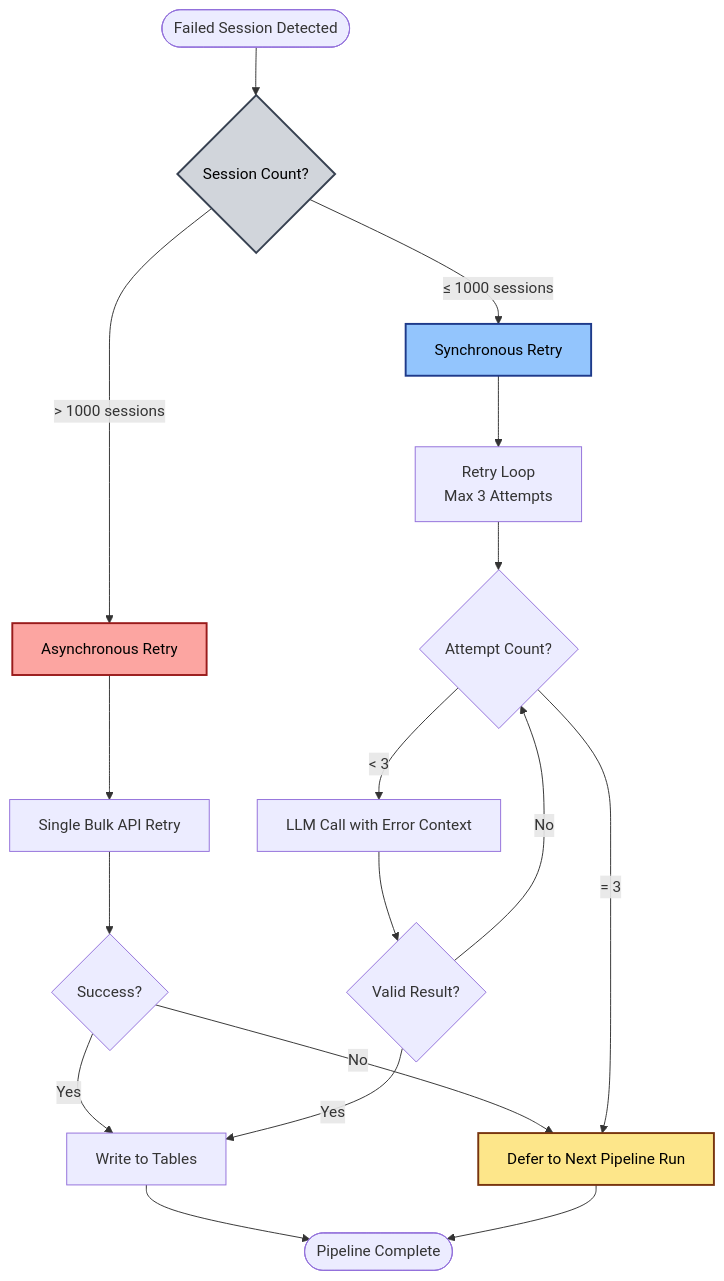
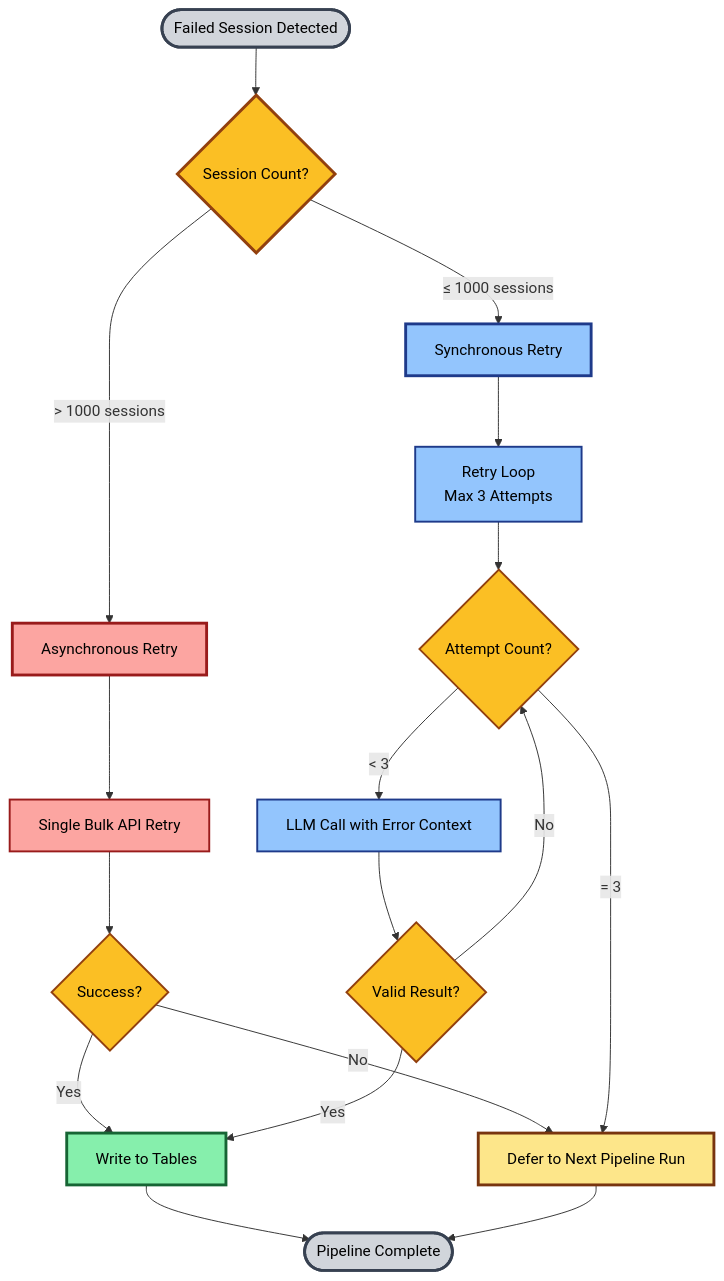
The third of 4 diagrams in agentforce/observability/README_Agentforce_Observability_Pipeline_Implementation.md (arupsarkar-sfdc/Misc), drawn with Mermaid before and after one commit. The commit also changed other lines of this file, not shown here.

Commit message:
Updated the color scheme of diagrams

````diff
--- a/agentforce/observability/README_Agentforce_Observability_Pipeline_Implementation.md
+++ b/agentforce/observability/README_Agentforce_Observability_Pipeline_Implementation.md
@@ -660,28 +674,37 @@
 ```mermaid
 graph TD
     START([Failed Session Detected]) --> CHECK{Session Count?}
     
     CHECK -->|> 1000 sessions| ASYNC[Asynchronous Retry]
     CHECK -->|≤ 1000 sessions| SYNC[Synchronous Retry]
     
     ASYNC --> ASYNC1[Single Bulk API Retry]
     ASYNC1 --> ASYNC2{Success?}
     ASYNC2 -->|Yes| WRITE[Write to Tables]
     ASYNC2 -->|No| DEFER[Defer to Next Pipeline Run]
     
     SYNC --> SYNC1[Retry Loop<br/>Max 3 Attempts]
     SYNC1 --> SYNC2{Attempt Count?}
     SYNC2 -->|< 3| SYNC3[LLM Call with Error Context]
     SYNC3 --> SYNC4{Valid Result?}
     SYNC4 -->|Yes| WRITE
     SYNC4 -->|No| SYNC2
     SYNC2 -->|= 3| DEFER
     
     WRITE --> END([Pipeline Complete])
     DEFER --> END
     
-    style CHECK fill:#d1d5db,stroke:#374151,stroke-width:2px,color:#000
-    style ASYNC fill:#fca5a1,stroke:#991b1b,stroke-width:2px,color:#000
-    style SYNC fill:#93c5fd,stroke:#1e3a8a,stroke-width:2px,color:#000
-    style DEFER fill:#fde68a,stroke:#78350f,stroke-width:2px,color:#000
+    style START fill:#d1d5db,stroke:#374151,stroke-width:3px,color:#000
+    style CHECK fill:#fbbf24,stroke:#92400e,stroke-width:3px,color:#000
+    style ASYNC fill:#fca5a1,stroke:#991b1b,stroke-width:3px,color:#000
+    style SYNC fill:#93c5fd,stroke:#1e3a8a,stroke-width:3px,color:#000
+    style ASYNC1 fill:#fca5a1,stroke:#991b1b,stroke-width:2px,color:#000
+    style ASYNC2 fill:#fbbf24,stroke:#92400e,stroke-width:2px,color:#000
+    style SYNC1 fill:#93c5fd,stroke:#1e3a8a,stroke-width:2px,color:#000
+    style SYNC2 fill:#fbbf24,stroke:#92400e,stroke-width:2px,color:#000
+    style SYNC3 fill:#93c5fd,stroke:#1e3a8a,stroke-width:2px,color:#000
+    style SYNC4 fill:#fbbf24,stroke:#92400e,stroke-width:2px,color:#000
+    style WRITE fill:#86efac,stroke:#166534,stroke-width:3px,color:#000
+    style DEFER fill:#fde68a,stroke:#78350f,stroke-width:3px,color:#000
+    style END fill:#d1d5db,stroke:#374151,stroke-width:3px,color:#000
 ```
````
